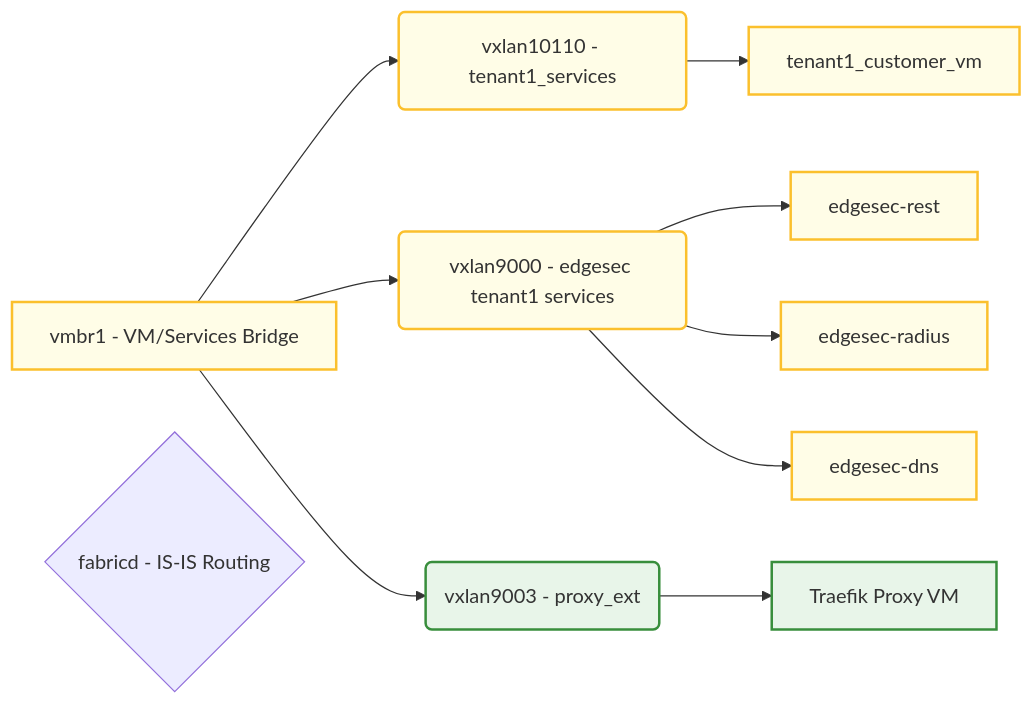
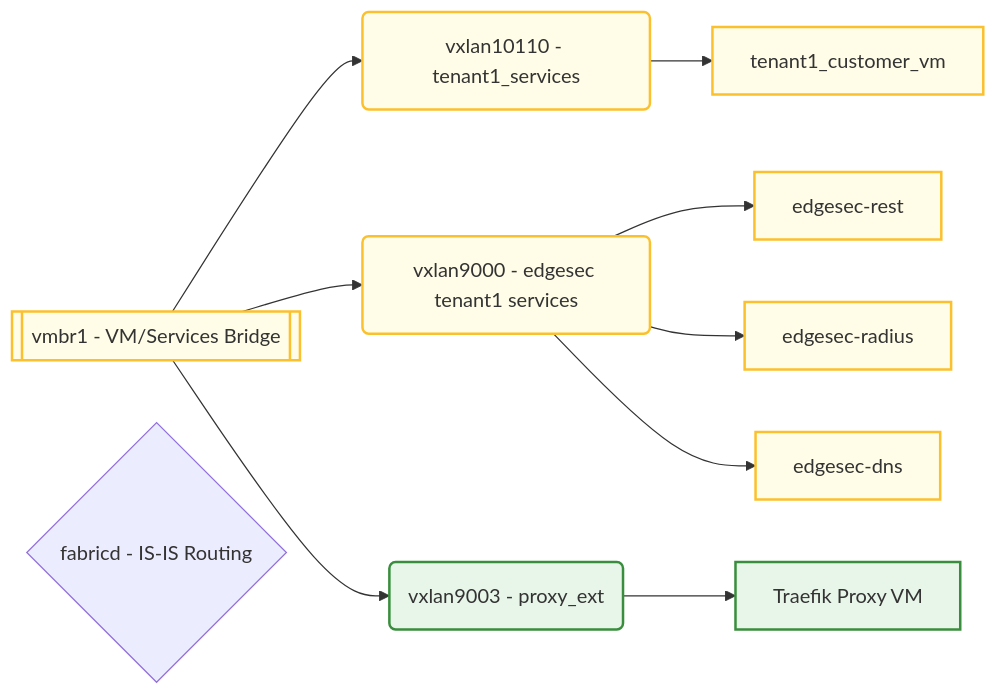
Before and after one commit to CEP-Comwell/proxmox_addons: the third of 4 diagrams in README.md, drawn with Mermaid. The commit also changed other lines of this file and 1 other file, not shown here.

Commit message:
test bridge as subroutine

````diff
--- a/README.md
+++ b/README.md
@@ -106,27 +106,27 @@
 ```mermaid
 graph LR
-VMBridge[vmbr1 - VM/Services Bridge]
+VMBridge[[vmbr1 - VM/Services Bridge]]
 VX10110(vxlan10110 - tenant1_services)
 VX9000(vxlan9000 - edgesec tenant1 services)
 VX9003(vxlan9003 - proxy_ext)
 CustVM[tenant1_customer_vm]
 RestVM[edgesec-rest]
 RadiusVM[edgesec-radius]
 DNSVM[edgesec-dns]
 ProxyVM[Traefik Proxy VM]
 Fabricd{fabricd - IS-IS Routing}
 
 VMBridge --> VX10110
 VMBridge --> VX9000
 VMBridge --> VX9003
 VX10110 --> CustVM
 VX9000 --> RestVM
 VX9000 --> RadiusVM
 VX9000 --> DNSVM
 VX9003 --> ProxyVM
 
 classDef vm fill:#fffde7,stroke:#fbc02d,stroke-width:2px;
 classDef proxy fill:#e8f5e9,stroke:#388e3c,stroke-width:2px;
 class VMBridge,VX10110,VX9000,CustVM,RestVM,RadiusVM,DNSVM vm;
 class VX9003,ProxyVM proxy;
 ```
````
